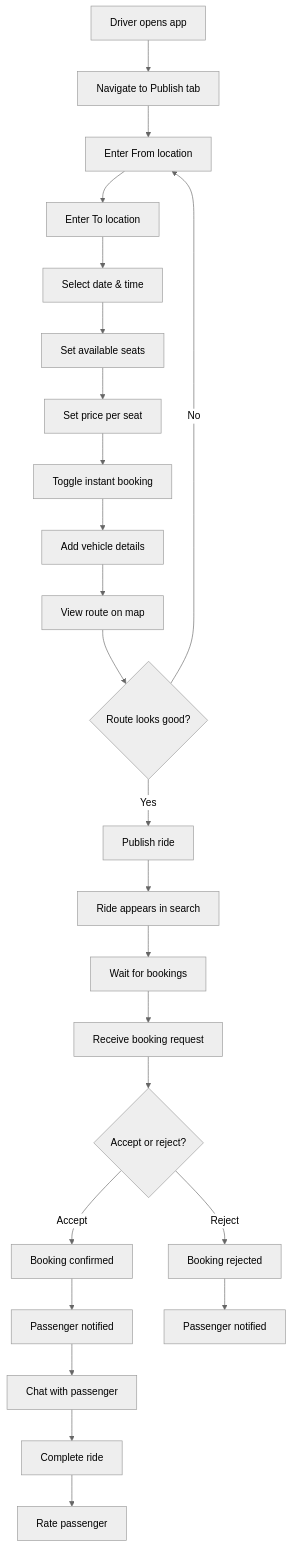
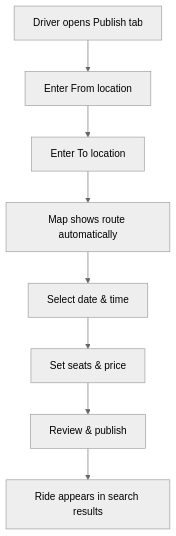
One commit to Shashank-Ge/Ride-Share-Lite- changed the first of 3 diagrams in PRD.md. Above: the diagram before and after it, drawn with Mermaid (neutral theme). The commit also changed other lines of this file and 3 other files, not shown here.

````diff
--- a/PRD.md
+++ b/PRD.md
@@ -931,26 +76,10 @@
 ```mermaid
 graph TD
-    A[Driver opens app] --> B[Navigate to Publish tab]
-    B --> C[Enter From location]
-    C --> D[Enter To location]
+    A[Driver opens Publish tab] --> B[Enter From location]
+    B --> C[Enter To location]
+    C --> D[Map shows route automatically]
     D --> E[Select date & time]
-    E --> F[Set available seats]
-    F --> G[Set price per seat]
-    G --> H[Toggle instant booking]
-    H --> I[Add vehicle details]
-    I --> J[View route on map]
-    J --> K{Route looks good?}
-    K -->|No| C
-    K -->|Yes| L[Publish ride]
-    L --> M[Ride appears in search]
-    M --> N[Wait for bookings]
-    N --> O[Receive booking request]
-    O --> P{Accept or reject?}
-    P -->|Accept| Q[Booking confirmed]
-    P -->|Reject| R[Booking rejected]
-    Q --> S[Passenger notified]
-    R --> T[Passenger notified]
-    S --> U[Chat with passenger]
-    U --> V[Complete ride]
-    V --> W[Rate passenger]
+    E --> F[Set seats & price]
+    F --> G[Review & publish]
+    G --> H[Ride appears in search results]
 ```
````
